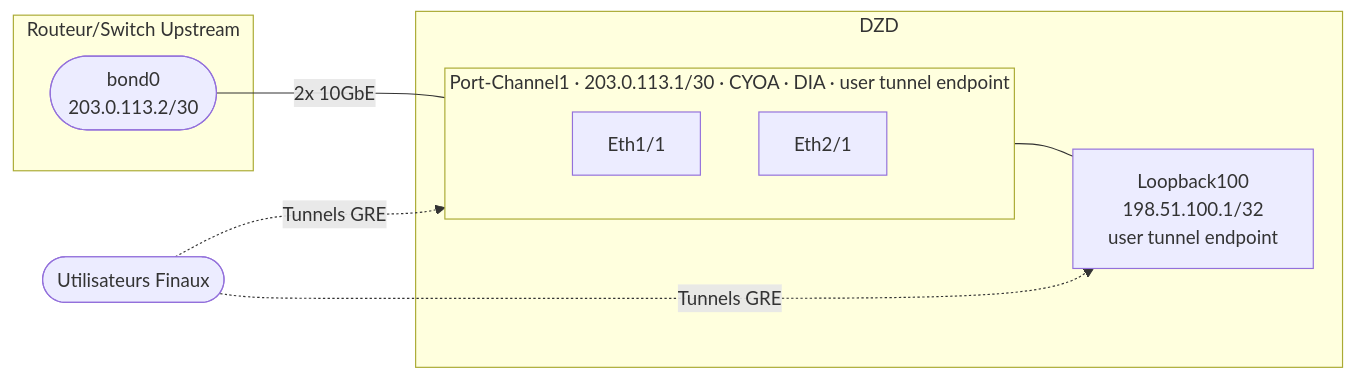
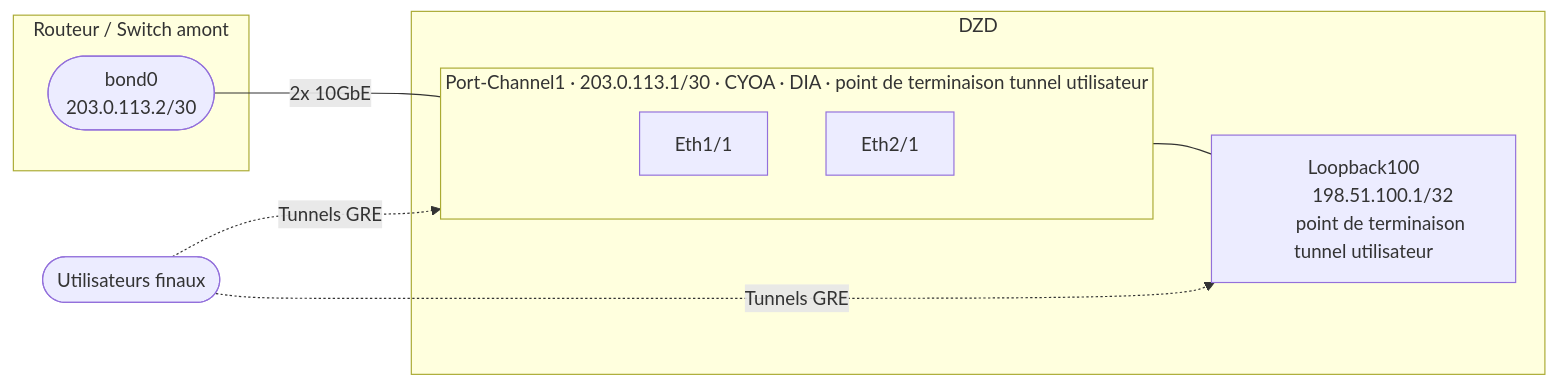
Before and after one commit to malbeclabs/docs: the ninth of 9 diagrams in docs/contribute-provisioning.fr.md, drawn with Mermaid. The commit also changed other lines of this file and 34 other files, not shown here.

````diff
--- a/docs/contribute-provisioning.fr.md
+++ b/docs/contribute-provisioning.fr.md
@@ -439,23 +550,23 @@
 ```mermaid
 flowchart LR
-    USERS(["Utilisateurs Finaux"])
+    USERS(["Utilisateurs finaux"])
 
-    subgraph SW["Routeur/Switch Upstream"]
+    subgraph SW["Routeur / Switch amont"]
         SWPC(["bond0
         203.0.113.2/30"])
     end
 
     subgraph DZD["DZD"]
-        subgraph PC["Port-Channel1 · 203.0.113.1/30 · CYOA · DIA · user tunnel endpoint"]
+        subgraph PC["Port-Channel1 · 203.0.113.1/30 · CYOA · DIA · point de terminaison tunnel utilisateur"]
             E1["Eth1/1"]
             E2["Eth2/1"]
         end
         LO["Loopback100
-        198.51.100.1/32\n        user tunnel endpoint"]
+        198.51.100.1/32\n        point de terminaison tunnel utilisateur"]
         PC --- LO
     end
 
     SWPC -- "2x 10GbE" --- PC
     USERS -. "Tunnels GRE" .-> PC
     USERS -. "Tunnels GRE" .-> LO
 ```
````
